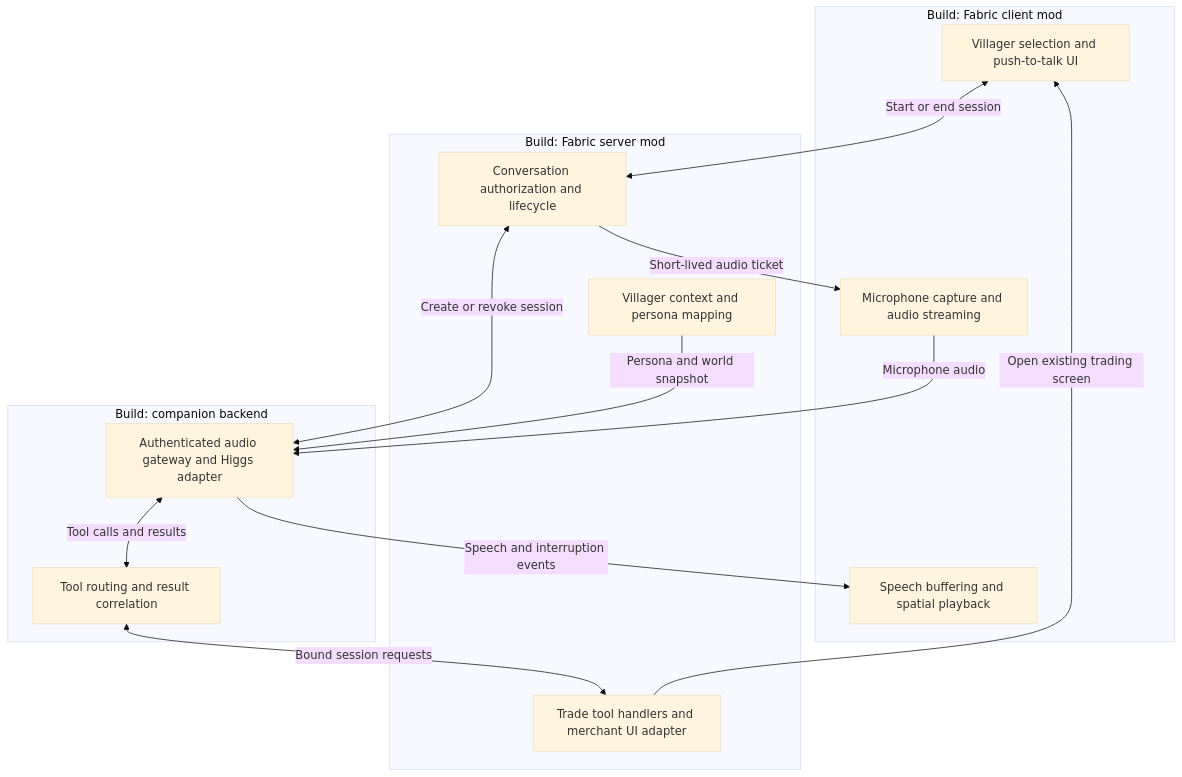
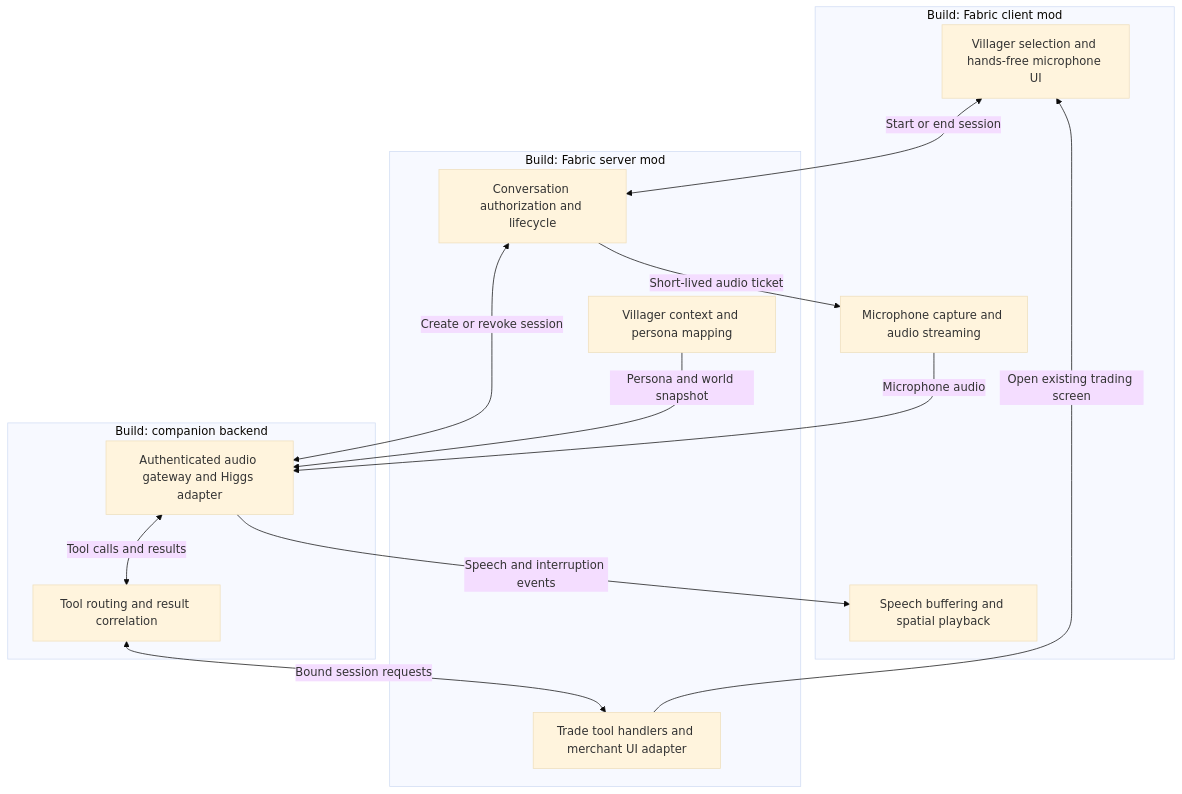
One commit to vchopra5/higgs-and-hrrm changed the diagram in docs/architecture.md. Above: the diagram before and after it, drawn with Mermaid (base theme). The commit also changed other lines of this file and 11 other files, not shown here.

Commit message:
Add hands-free realtime voice and improve session reliability

````diff
--- a/docs/architecture.md
+++ b/docs/architecture.md
@@ -20,29 +21,29 @@
 ```mermaid
 flowchart TB
     subgraph clientMod ["Build: Fabric client mod"]
-        interaction["Villager selection and push-to-talk UI"]
+        interaction["Villager selection and hands-free microphone UI"]
         capture["Microphone capture and audio streaming"]
         playback["Speech buffering and spatial playback"]
     end
 
     subgraph serverMod ["Build: Fabric server mod"]
         sessions["Conversation authorization and lifecycle"]
         context["Villager context and persona mapping"]
         trades["Trade tool handlers and merchant UI adapter"]
     end
 
     subgraph backend ["Build: companion backend"]
         voice["Authenticated audio gateway and Higgs adapter"]
         tools["Tool routing and result correlation"]
     end
 
     interaction <-->|"Start or end session"| sessions
     sessions -->|"Short-lived audio ticket"| capture
     capture -->|"Microphone audio"| voice
     voice -->|"Speech and interruption events"| playback
     sessions <-->|"Create or revoke session"| voice
     context -->|"Persona and world snapshot"| voice
     voice <-->|"Tool calls and results"| tools
     tools <-->|"Bound session requests"| trades
     trades -->|"Open existing trading screen"| interaction
 ```
````
